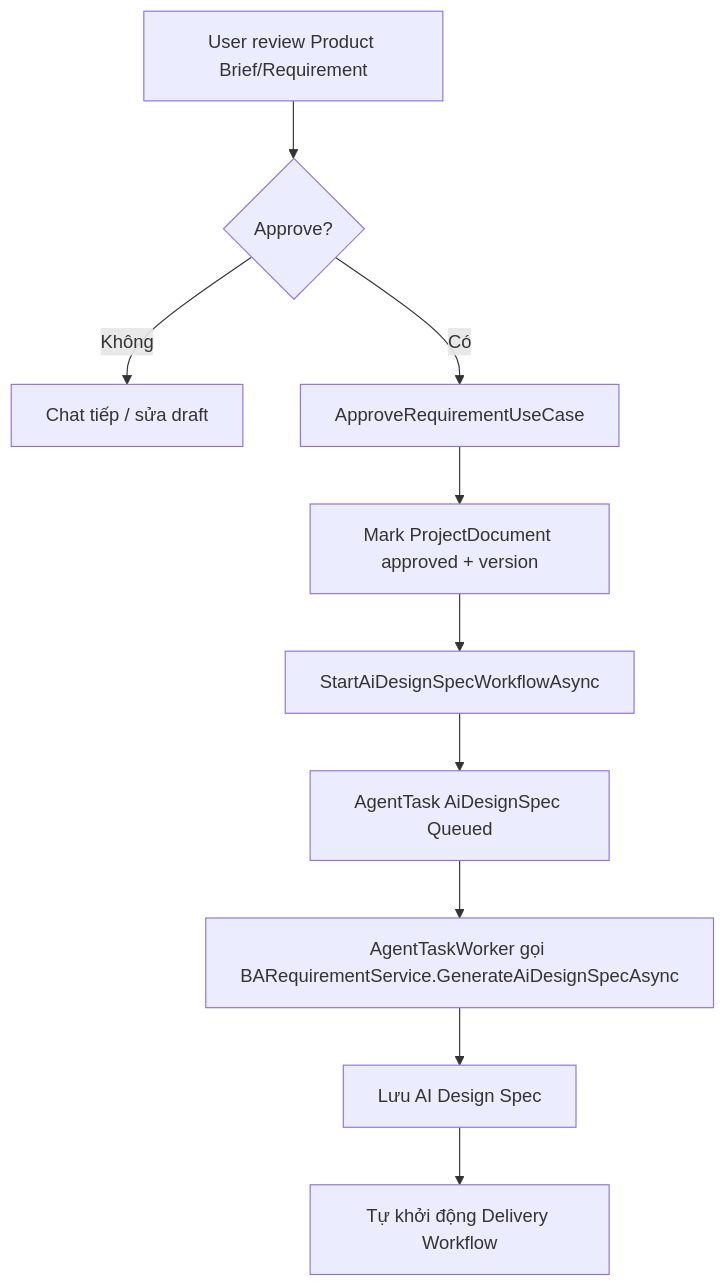
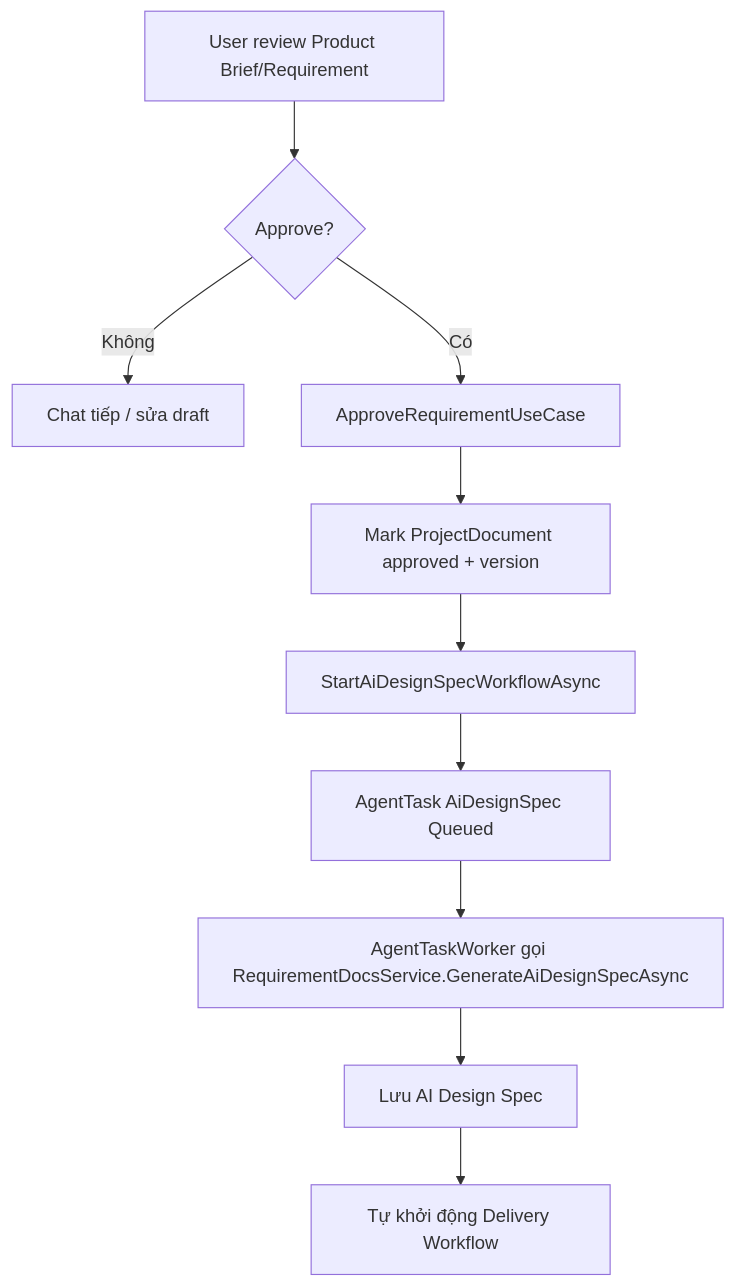
Before and after one commit to Songlong0506/ICOGenerator-v4: the sixth of 13 diagrams in docs/BusinessFlow.md, drawn with Mermaid. The commit also changed other lines of this file and 24 other files, not shown here.

First line of the commit message:
Refactor: tách BARequirementService (832 dòng, 17 dependency) theo use case

````diff
--- a/docs/BusinessFlow.md
+++ b/docs/BusinessFlow.md
@@ -137,12 +137,12 @@
 ```mermaid
 flowchart TD
     A[User review Product Brief/Requirement] --> B{Approve?}
     B -- Không --> C[Chat tiếp / sửa draft]
     B -- Có --> D[ApproveRequirementUseCase]
     D --> E[Mark ProjectDocument approved + version]
     E --> F[StartAiDesignSpecWorkflowAsync]
     F --> G[AgentTask AiDesignSpec Queued]
-    G --> H[AgentTaskWorker gọi BARequirementService.GenerateAiDesignSpecAsync]
+    G --> H[AgentTaskWorker gọi RequirementDocsService.GenerateAiDesignSpecAsync]
     H --> I[Lưu AI Design Spec]
     I --> J[Tự khởi động Delivery Workflow]
 ```
````
